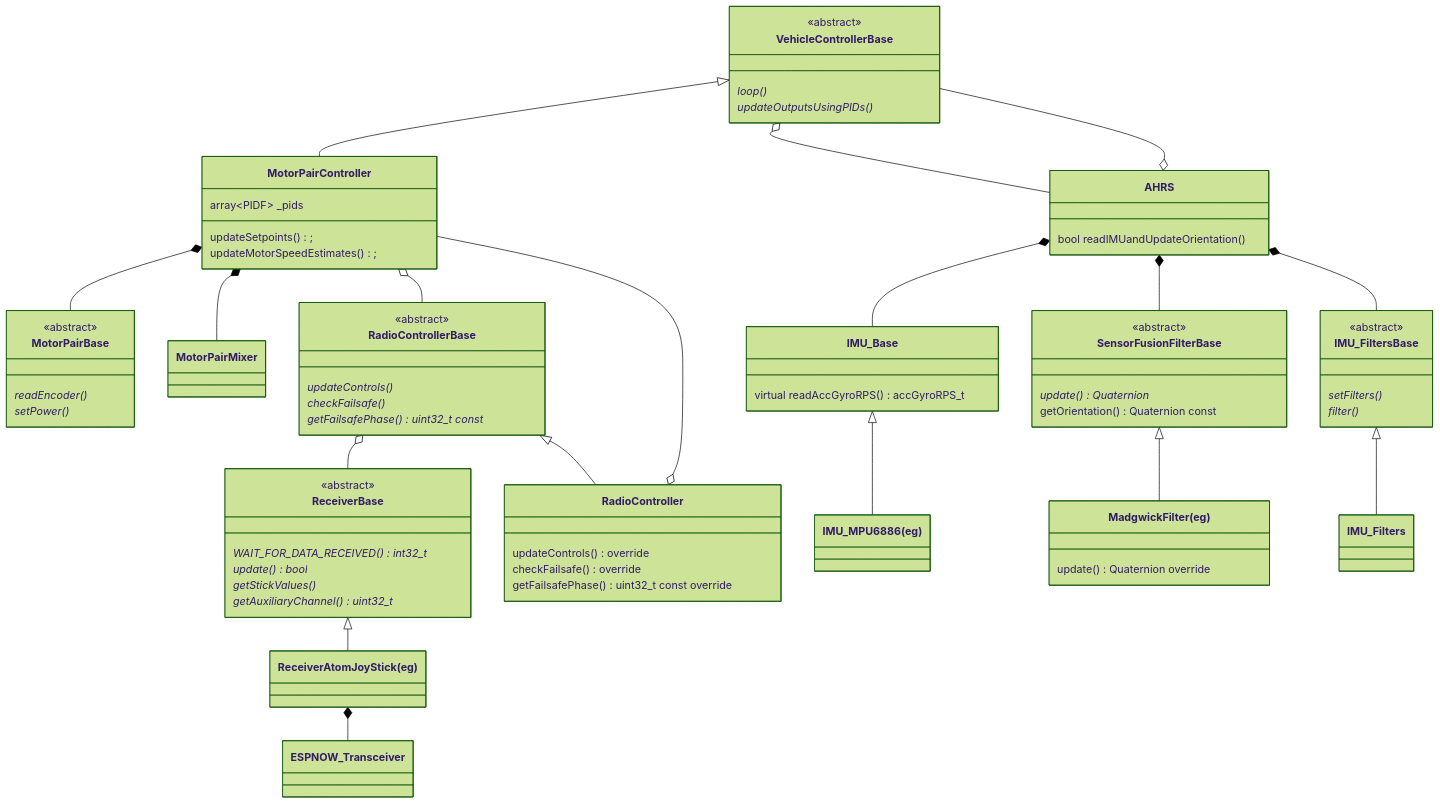
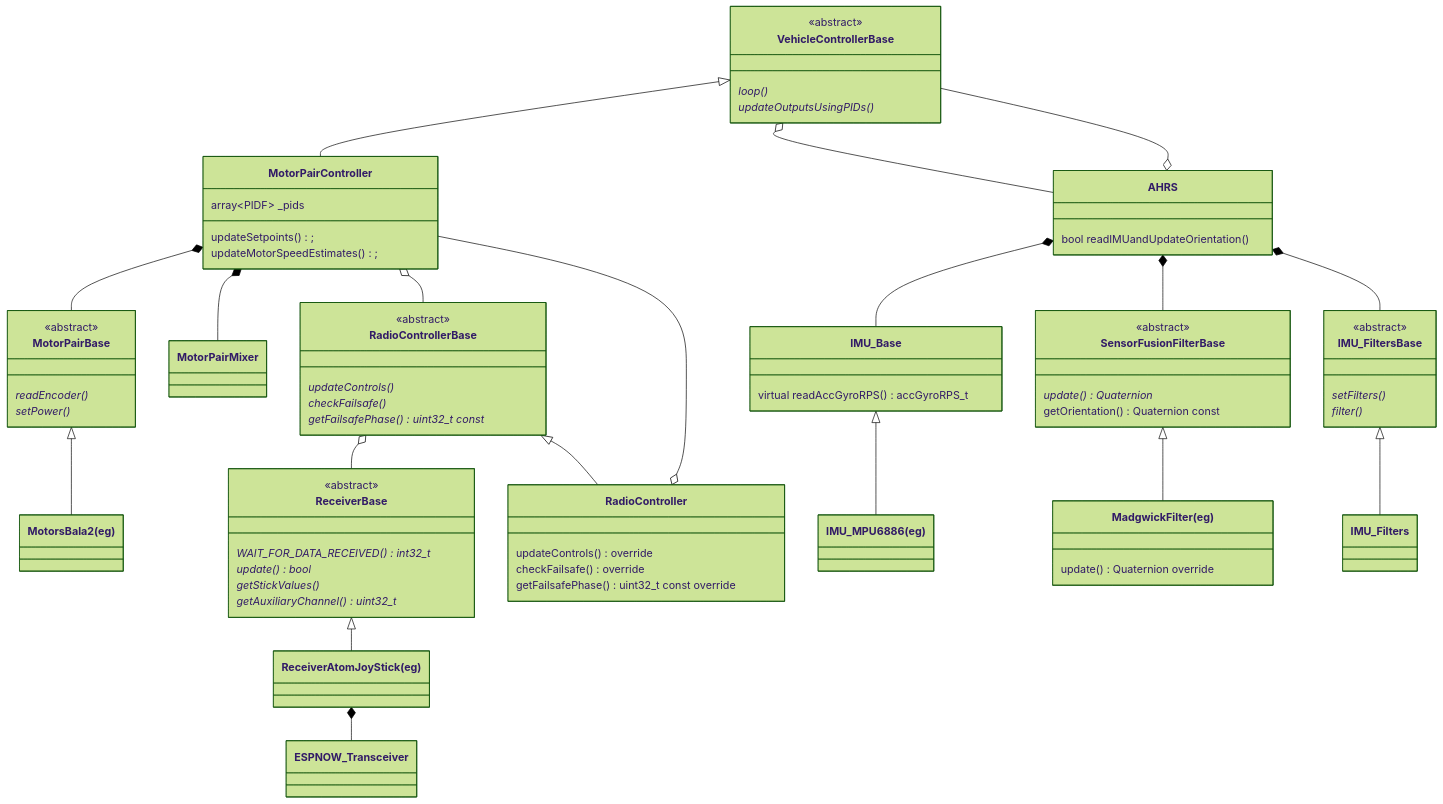
The first of 2 diagrams in README.md (martinbudden/SelfBalancingRobot), drawn with Mermaid (forest theme) before and after one commit. The commit also changed other lines of this file and 1 other file, not shown here.

Commit message:
Updated class diagram.

````diff
--- a/README.md
+++ b/README.md
@@ -65,16 +65,19 @@
         update() Quaternion *
         getOrientation() Quaternion const
     }
+    link SensorFusionFilterBase "https://github.com/martinbudden/Library-SensorFusion/blob/main/src/SensorFusion.h"
 
     class IMU_Base {
         virtual readAccGyroRPS() accGyroRPS_t
     }
+    link IMU_Base "https://github.com/martinbudden/Library-IMU/blob/main/src/IMU_Base.h"
 
     class IMU_FiltersBase {
         <<abstract>>
         setFilters() *
         filter() *
     }
+    link IMU_FiltersBase "https://github.com/martinbudden/Library-StabilizedVehicle/blob/main/src/IMU_FiltersBase.h"
     IMU_FiltersBase <|-- IMU_Filters
 
     class VehicleControllerBase {
@@ -82,25 +85,38 @@
         loop() *
         updateOutputsUsingPIDs() *
     }
+    link VehicleControllerBase "https://github.com/martinbudden/Library-StabilizedVehicle/blob/main/src/VehicleControllerBase.h"
+
     VehicleControllerBase <|-- MotorPairController
     class MotorPairController {
         array~PIDF~ _pids
         updateSetpoints();
         updateMotorSpeedEstimates();
     }
+    link MotorPairController "https://github.com/martinbudden/SelfBalancingRobot/blob/main/lib/SelfBalancingRobot/src/MotorPairController.h"
+
+    class MotorPairMixer {
+    }
+    link MotorPairMixer "https://github.com/martinbudden/SelfBalancingRobot/blob/main/lib/SelfBalancingRobot/src/MotorPairMixer.h"
 
     class MotorPairBase {
         <<abstract>>
         readEncoder() *
         setPower() *
     }
+    link MotorPairBase "https://github.com/martinbudden/SelfBalancingRobot/blob/main/lib/SelfBalancingRobot/src/MotorPairBase.h"
     MotorPairController *-- MotorPairBase
     MotorPairController *-- MotorPairMixer
     MotorPairController o-- RadioControllerBase
 
+    MotorPairBase <|-- MotorsBala2
+    class MotorsBala2["MotorsBala2(eg)"]
+    link MotorsBala2 "https://github.com/martinbudden/SelfBalancingRobot/blob/main/lib/MotorPairs/src/MotorsBala2.h"
+
     class AHRS {
         bool readIMUandUpdateOrientation()
     }
+    link AHRS "https://github.com/martinbudden/Library-StabilizedVehicle/blob/main/src/AHRS.h"
     AHRS *-- IMU_Base
     AHRS *-- SensorFusionFilterBase
     AHRS *-- IMU_FiltersBase
@@ -114,6 +130,7 @@
         getStickValues() *
         getAuxiliaryChannel() uint32_t *
     }
+    link ReceiverBase "https://github.com/martinbudden/Library-Receiver/blob/main/src/ReceiverBase.h"
 
     class RadioControllerBase {
         <<abstract>>
@@ -121,6 +138,7 @@
         checkFailsafe() *
         getFailsafePhase() uint32_t const *
     }
+    link RadioControllerBase "https://github.com/martinbudden/Library-Receiver/blob/main/src/RadioControllerBase.h"
 
     RadioController o-- MotorPairController
     RadioControllerBase o--ReceiverBase
@@ -130,9 +148,11 @@
         checkFailsafe() override
         getFailsafePhase() uint32_t const override
     }
+    link RadioController "https://github.com/martinbudden/SelfBalancingRobot/blob/main/lib/SelfBalancingRobot/src/RadioController.h"
 
     IMU_Base <|-- IMU_MPU6886
     class IMU_MPU6886["IMU_MPU6886(eg)"]
+    link IMU_MPU6886 "https://github.com/martinbudden/Library-IMU/blob/main/src/IMU_MPU6886.h"
 
     SensorFusionFilterBase  <|-- MadgwickFilter
     class MadgwickFilter["MadgwickFilter(eg)"] {
@@ -141,5 +161,8 @@
 
     ReceiverBase <|-- ReceiverAtomJoyStick
     class ReceiverAtomJoyStick["ReceiverAtomJoyStick(eg)"]
+    link ReceiverAtomJoyStick "https://github.com/martinbudden/Library-Receiver/blob/main/src/ReceiverAtomJoyStick.h"
     ReceiverAtomJoyStick *-- ESPNOW_Transceiver
+    class ESPNOW_Transceiver
+    link ESPNOW_Transceiver "https://github.com/martinbudden/Library-Receiver/blob/main/src/ESPNOW_Transceiver.h"
 ```
````
